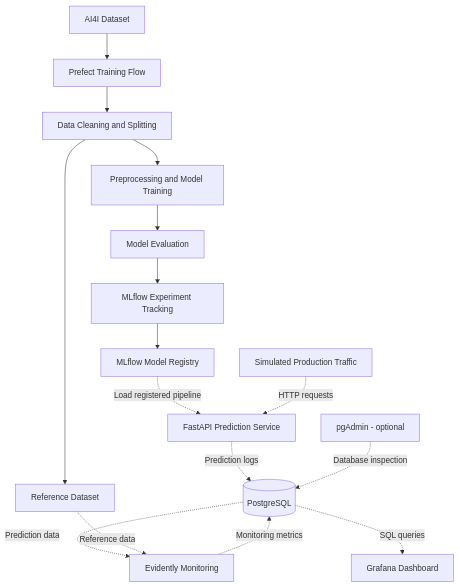
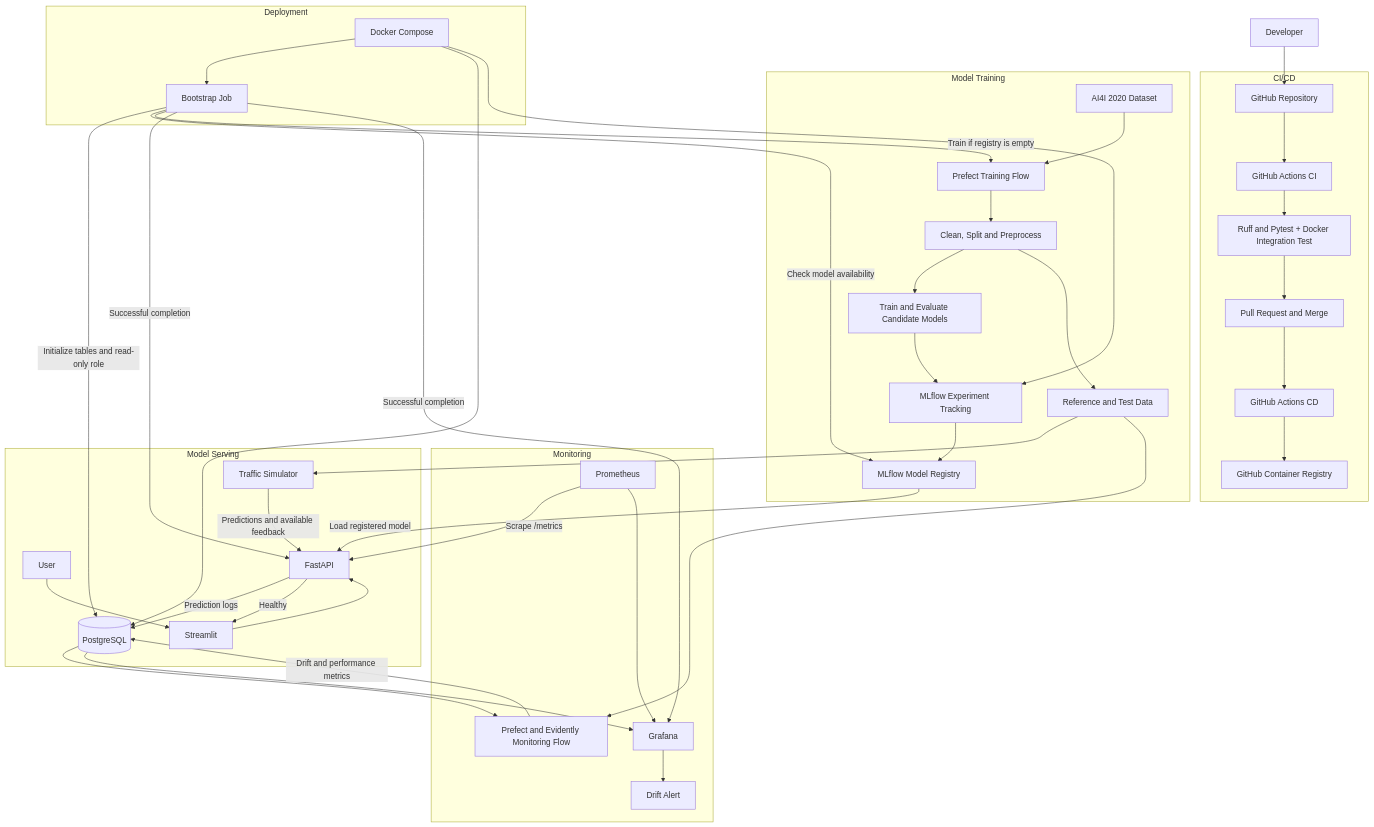
Before and after one commit to yaowangcodes/AI4I_Predictive_Maintenance: the diagram in README.md, drawn with Mermaid. The commit also changed other lines of this file, not shown here.

Commit message:
Add comprehensive project documentation and architecture diagram

````diff
--- a/README.md
+++ b/README.md
@@ -35,18 +13,47 @@
 ```mermaid
 flowchart TD
-    A[AI4I Dataset] --> B[Prefect Training Flow]
-    B --> C[Data Cleaning and Splitting]
-    C --> D[Preprocessing and Model Training]
-    D --> E[Model Evaluation]
-    E --> F[MLflow Experiment Tracking]
-    F --> G[MLflow Model Registry]
-    C --> H[Reference Dataset]
-    G -. Load registered pipeline .-> I[FastAPI Prediction Service]
-    J[Simulated Production Traffic] -. HTTP requests .-> I
-    I -. Prediction logs .-> K[(PostgreSQL)]
-    K -. Prediction data .-> L[Evidently Monitoring]
-    H -. Reference data .-> L
-    L -. Monitoring metrics .-> K
-    K -. SQL queries .-> M[Grafana Dashboard]
-    N[pgAdmin - optional] -. Database inspection .-> K
+    DEV[Developer] --> GIT[GitHub Repository]
+    subgraph CI_CD[CI/CD]
+        GIT --> CI[GitHub Actions CI]
+        CI --> TEST[Ruff and Pytest + Docker Integration Test]
+        TEST --> PR[Pull Request and Merge]
+        PR --> CD[GitHub Actions CD]
+        CD --> GHCR[GitHub Container Registry]
+    end
+    subgraph TRAIN[Model Training]
+        DATA[AI4I 2020 Dataset] --> FLOW[Prefect Training Flow]
+        FLOW --> PREP[Clean, Split and Preprocess]
+        PREP --> FIT[Train and Evaluate Candidate Models]
+        FIT --> MLF[MLflow Experiment Tracking]
+        MLF --> REG[MLflow Model Registry]
+        PREP --> REF[Reference and Test Data]
+    end
+    subgraph SERVE[Model Serving]
+        USER[User] --> UI[Streamlit]
+        UI --> API[FastAPI]
+        REG -->|Load registered model| API
+        REF --> SIM[Traffic Simulator]
+        SIM -->|Predictions and available feedback| API
+        API -->|Prediction logs| DB[(PostgreSQL)]
+    end
+    subgraph MON[Monitoring]
+        PROM[Prometheus] -->|Scrape /metrics| API
+        DB --> EVID[Prefect and Evidently Monitoring Flow]
+        REF --> EVID
+        EVID -->|Drift and performance metrics| DB
+        PROM --> GRAF[Grafana]
+        DB --> GRAF
+        GRAF --> ALERT[Drift Alert]
+    end
+    subgraph DEPLOY[Deployment]
+        COMPOSE[Docker Compose] --> BOOT[Bootstrap Job]
+        COMPOSE --> DB
+        COMPOSE --> MLF
+        BOOT -->|Initialize tables and read-only role| DB
+        BOOT -->|Check model availability| REG
+        BOOT -->|Train if registry is empty| FLOW
+        BOOT -->|Successful completion| API
+        BOOT -->|Successful completion| GRAF
+        API -->|Healthy| UI
+    end
 ```
````
